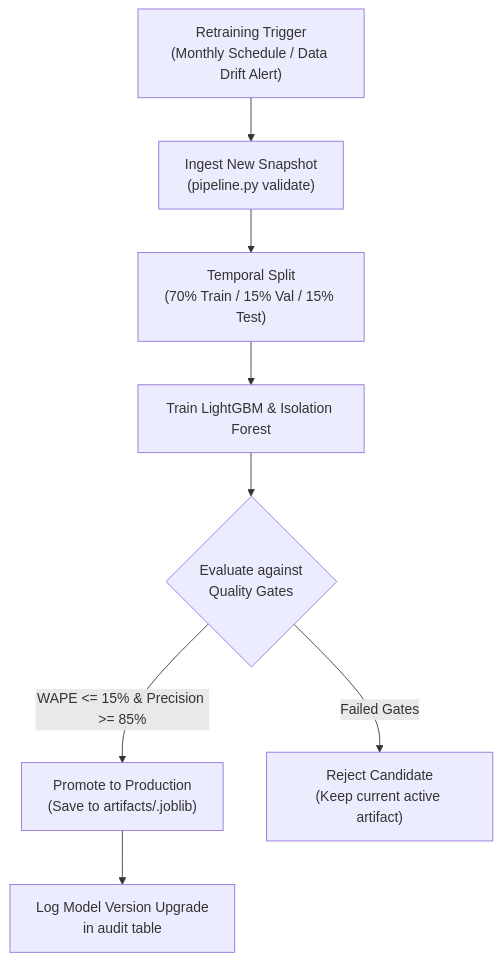
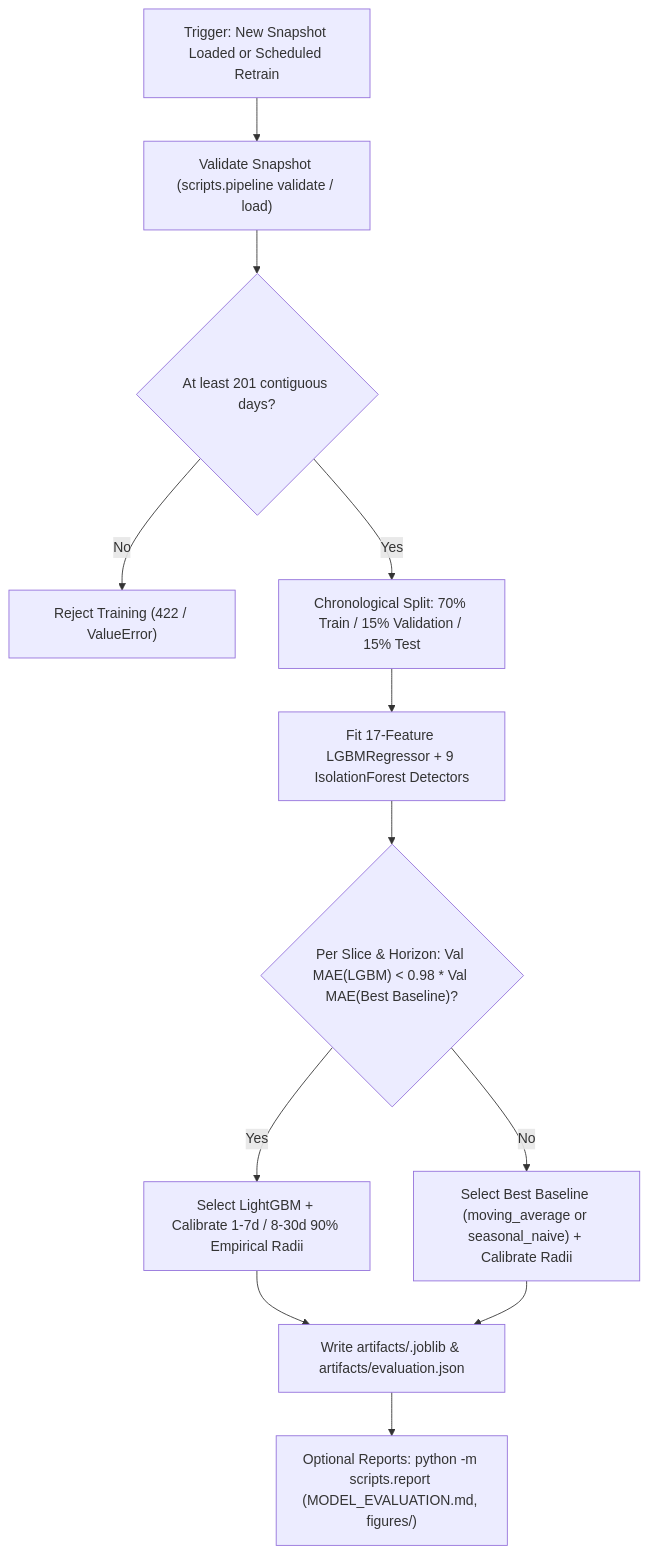
One commit to NguyenTriBaoThang/DecisionPilotAI changed the diagram in MODEL_VERSIONING.md. Above: the diagram before and after it, drawn with Mermaid. The commit also changed other lines of this file and 62 other files, not shown here.

````diff
--- a/MODEL_VERSIONING.md
+++ b/MODEL_VERSIONING.md
@@ -96,10 +99,14 @@
 ```mermaid
 flowchart TD
-    Trigger["Retraining Trigger<br/>(Monthly Schedule / Data Drift Alert)"] --> Ingest["Ingest New Snapshot<br/>(pipeline.py validate)"]
-    Ingest --> Split["Temporal Split<br/>(70% Train / 15% Val / 15% Test)"]
-    Split --> Train["Train LightGBM & Isolation Forest"]
-    Train --> Eval{"Evaluate against<br/>Quality Gates"}
-    Eval -- "WAPE <= 15% & Precision >= 85%" --> Promote["Promote to Production<br/>(Save to artifacts/<dataset_id>.joblib)"]
-    Eval -- "Failed Gates" --> Rollback["Reject Candidate<br/>(Keep current active artifact)"]
-    Promote --> Audit["Log Model Version Upgrade<br/>in audit table"]
+    Trigger["Trigger: New Snapshot Loaded or Scheduled Retrain"] --> Validate["Validate Snapshot (scripts.pipeline validate / load)"]
+    Validate --> CheckLen{"At least 201 contiguous days?"}
+    CheckLen -- "No" --> Abort["Reject Training (422 / ValueError)"]
+    CheckLen -- "Yes" --> Split["Chronological Split: 70% Train / 15% Validation / 15% Test"]
+    Split --> TrainModels["Fit 17-Feature LGBMRegressor + 9 IsolationForest Detectors"]
+    TrainModels --> Gate{"Per Slice & Horizon: Val MAE(LGBM) < 0.98 * Val MAE(Best Baseline)?"}
+    Gate -- "Yes" --> SelectLGBM["Select LightGBM + Calibrate 1-7d / 8-30d 90% Empirical Radii"]
+    Gate -- "No" --> SelectBase["Select Best Baseline (moving_average or seasonal_naive) + Calibrate Radii"]
+    SelectLGBM --> Publish["Write artifacts/<dataset_id>.joblib & artifacts/evaluation.json"]
+    SelectBase --> Publish
+    Publish --> Report["Optional Reports: python -m scripts.report (MODEL_EVALUATION.md, figures/)"]
 ```
````
